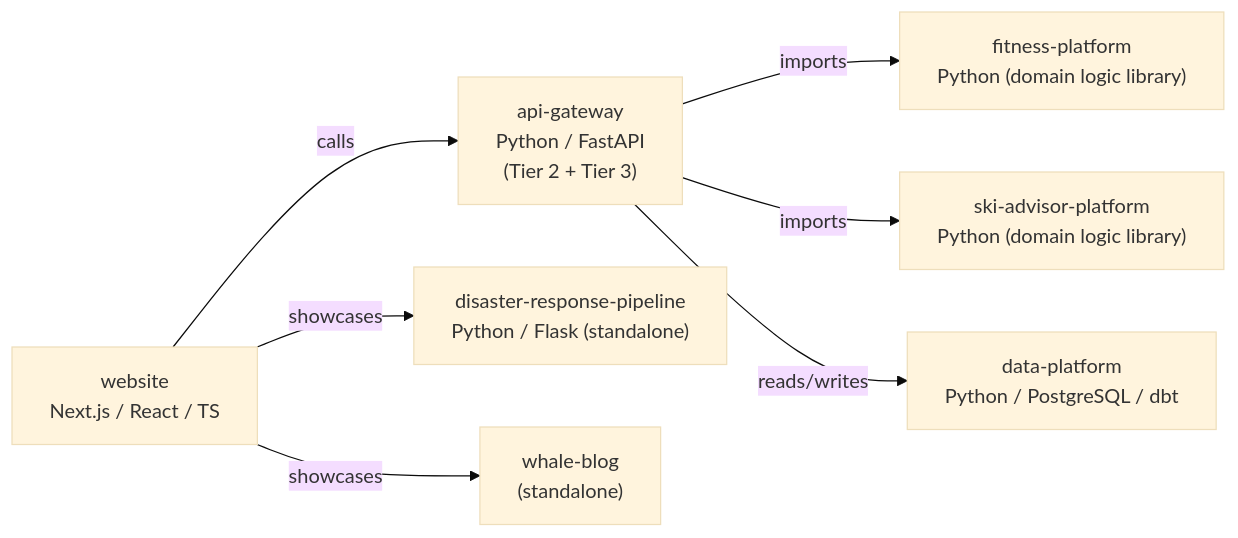
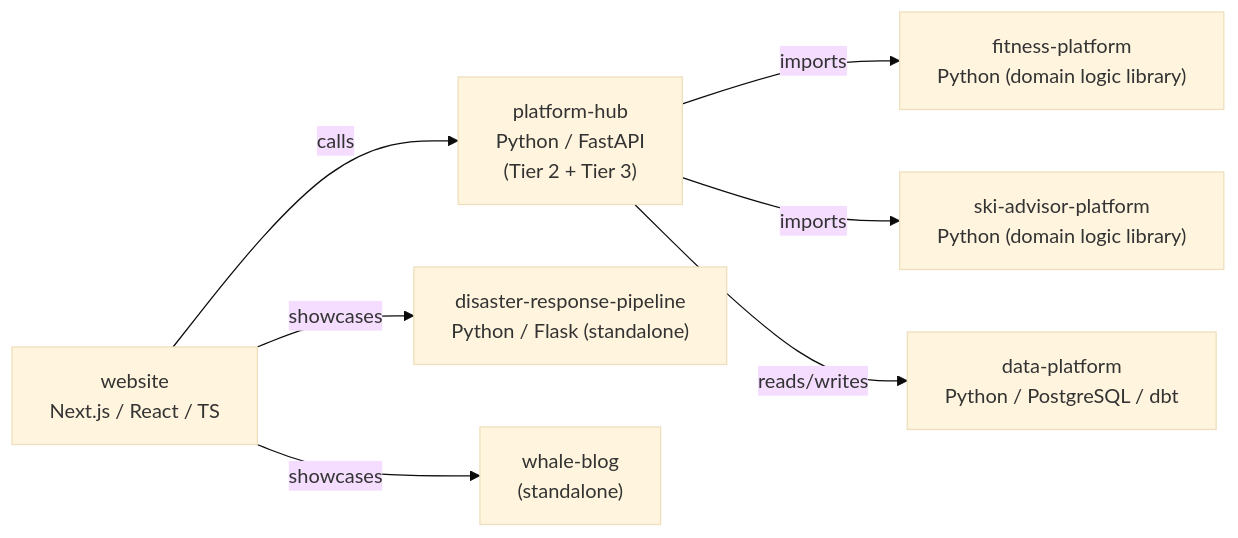
The diagram in docs/diagrams/repositories.md (wm6000/website), drawn with Mermaid (base theme) before and after one commit. The commit also changed 6 other files, not shown here.

First line of the commit message:
docs: add README template, website README, and recover platform-hub rename (#34)

````diff
--- a/docs/diagrams/repositories.md
+++ b/docs/diagrams/repositories.md
@@ -5,18 +5,18 @@
 ```mermaid
 flowchart LR
     Website["website<br/>Next.js / React / TS"]
-    ApiGateway["api-gateway<br/>Python / FastAPI<br/>(Tier 2 + Tier 3)"]
+    PlatformHub["platform-hub<br/>Python / FastAPI<br/>(Tier 2 + Tier 3)"]
     Fitness["fitness-platform<br/>Python (domain logic library)"]
     Ski["ski-advisor-platform<br/>Python (domain logic library)"]
     DataPlatform["data-platform<br/>Python / PostgreSQL / dbt"]
     Disaster["disaster-response-pipeline<br/>Python / Flask (standalone)"]
     Whale["whale-blog<br/>(standalone)"]
 
-    Website -- calls --> ApiGateway
+    Website -- calls --> PlatformHub
     Website -- showcases --> Disaster
     Website -- showcases --> Whale
 
-    ApiGateway -- imports --> Fitness
-    ApiGateway -- imports --> Ski
-    ApiGateway -- reads/writes --> DataPlatform
+    PlatformHub -- imports --> Fitness
+    PlatformHub -- imports --> Ski
+    PlatformHub -- reads/writes --> DataPlatform
 ```
````
